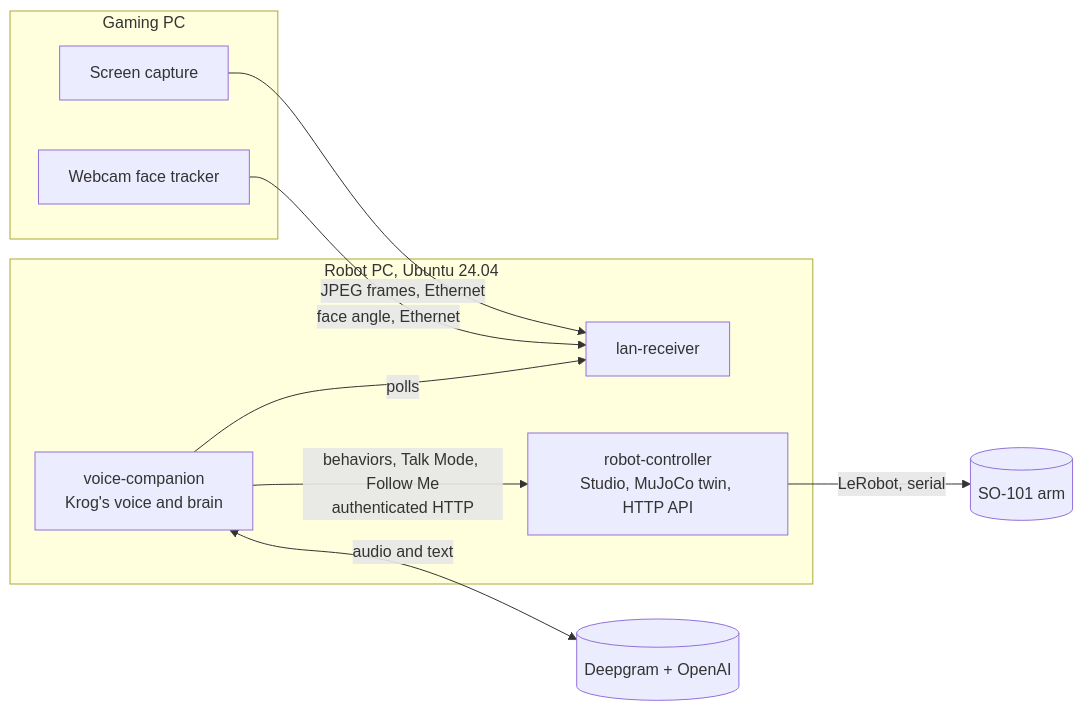
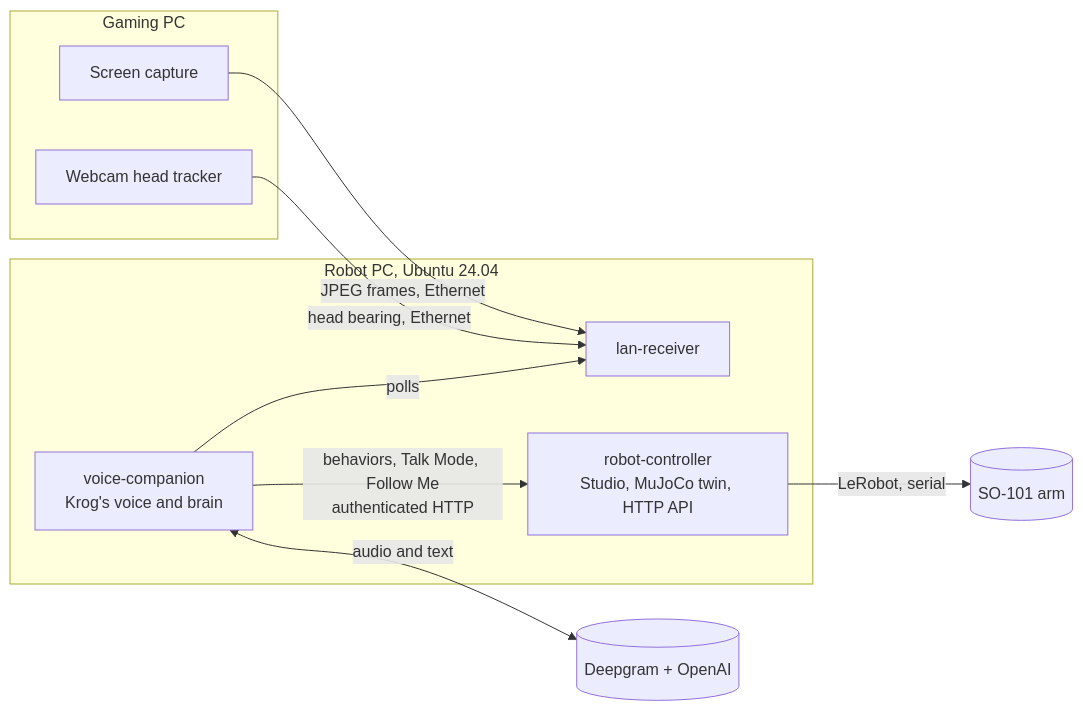
The diagram in README.md (Abdelmouhaimen/Krog-SO101-RobotArm), drawn with Mermaid before and after one commit. The commit also changed other lines of this file and 32 other files, not shown here.

````diff
--- a/README.md
+++ b/README.md
@@ -25,20 +25,20 @@
 ```mermaid
 flowchart LR
     subgraph G["Gaming PC"]
         S[Screen capture]
-        W[Webcam face tracker]
+        W[Webcam head tracker]
     end
     subgraph P["Robot PC, Ubuntu 24.04"]
         L[lan-receiver]
         V[voice-companion<br/>Krog's voice and brain]
         R[robot-controller<br/>Studio, MuJoCo twin, HTTP API]
     end
     A[(SO-101 arm)]
     C[(Deepgram + OpenAI)]
     S -- JPEG frames, Ethernet --> L
-    W -- face angle, Ethernet --> L
+    W -- head bearing, Ethernet --> L
     V -- polls --> L
     V <-- audio and text --> C
     V -- behaviors, Talk Mode, Follow Me<br/>authenticated HTTP --> R
     R -- LeRobot, serial --> A
 ```
````
